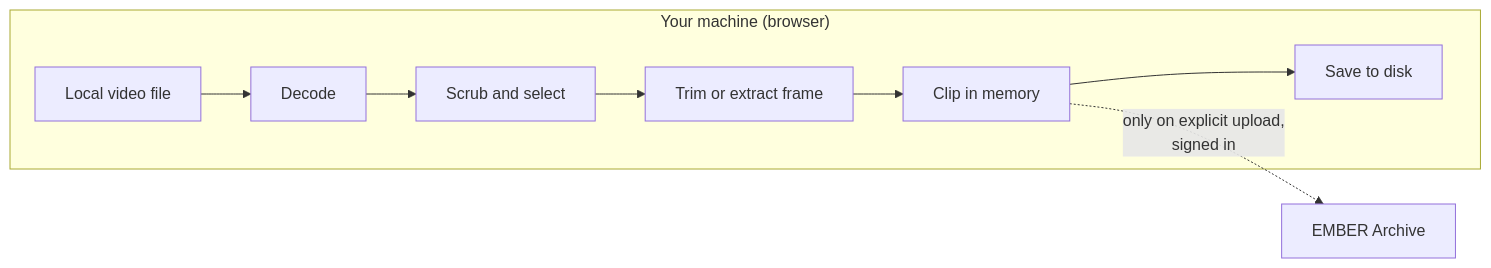
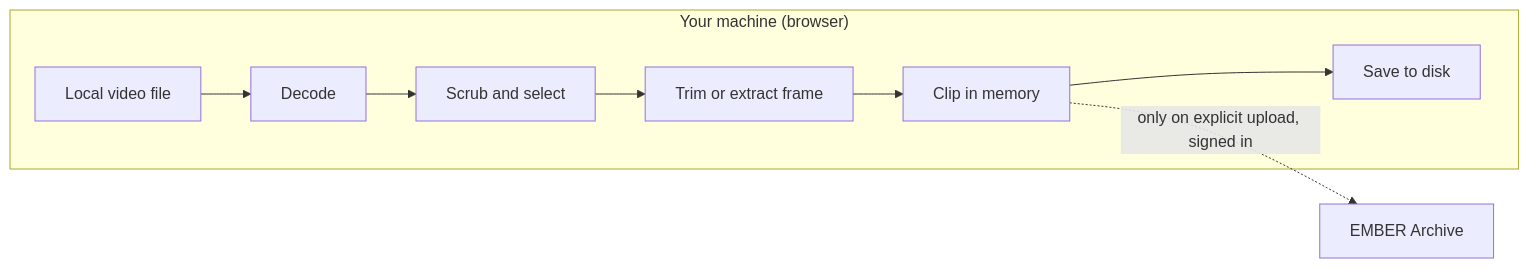
Before and after one commit to CodyCBakerPhD/BBQS-EMBER-docs: diagram 12 of 15 in user-stories/clip-extractor.md, drawn with Mermaid. The commit also changed other lines of this file and 1 other file, not shown here.

First line of the commit message:
Drop manual line breaks from Mermaid labels; add agent instructions

````diff
--- a/user-stories/clip-extractor.md
+++ b/user-stories/clip-extractor.md
@@ -390,11 +390,11 @@
 ```mermaid
 flowchart LR
     subgraph local["Your machine (browser)"]
         A[Local video file] --> B[Decode]
         B --> C[Scrub and select]
         C --> D[Trim or extract frame]
         D --> E[Clip in memory]
         E --> F[Save to disk]
     end
-    E -. only on explicit upload,<br/>signed in .-> G[EMBER Archive]
+    E -. only on explicit upload, signed in .-> G[EMBER Archive]
 ```
````
